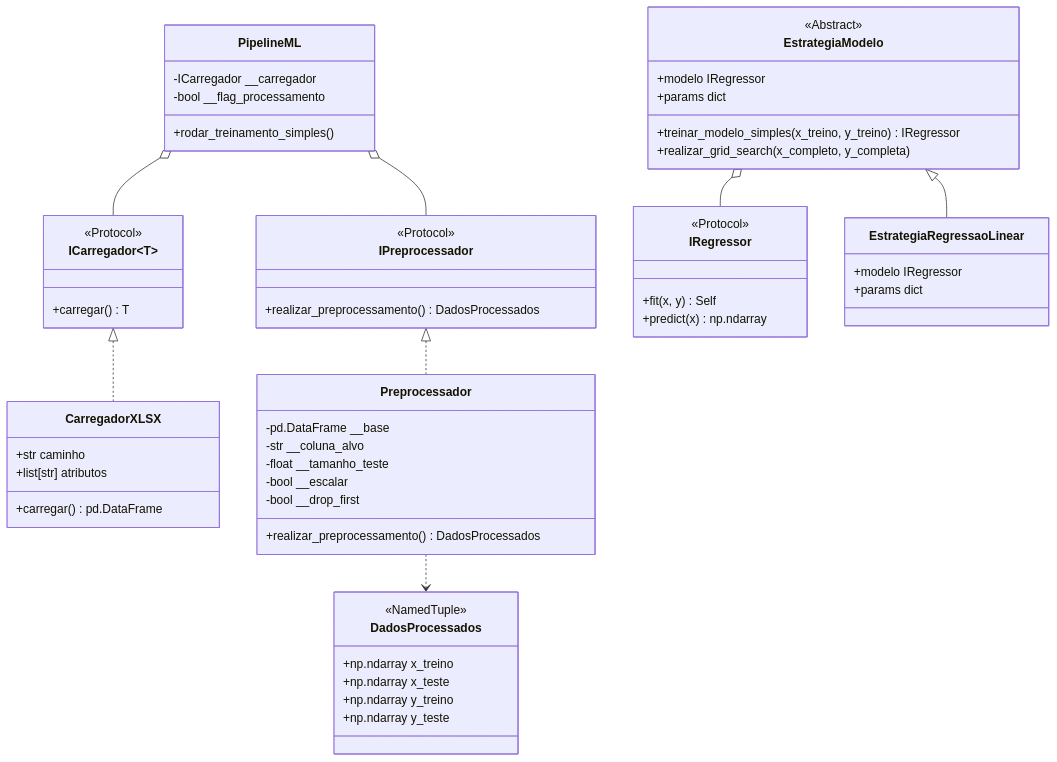
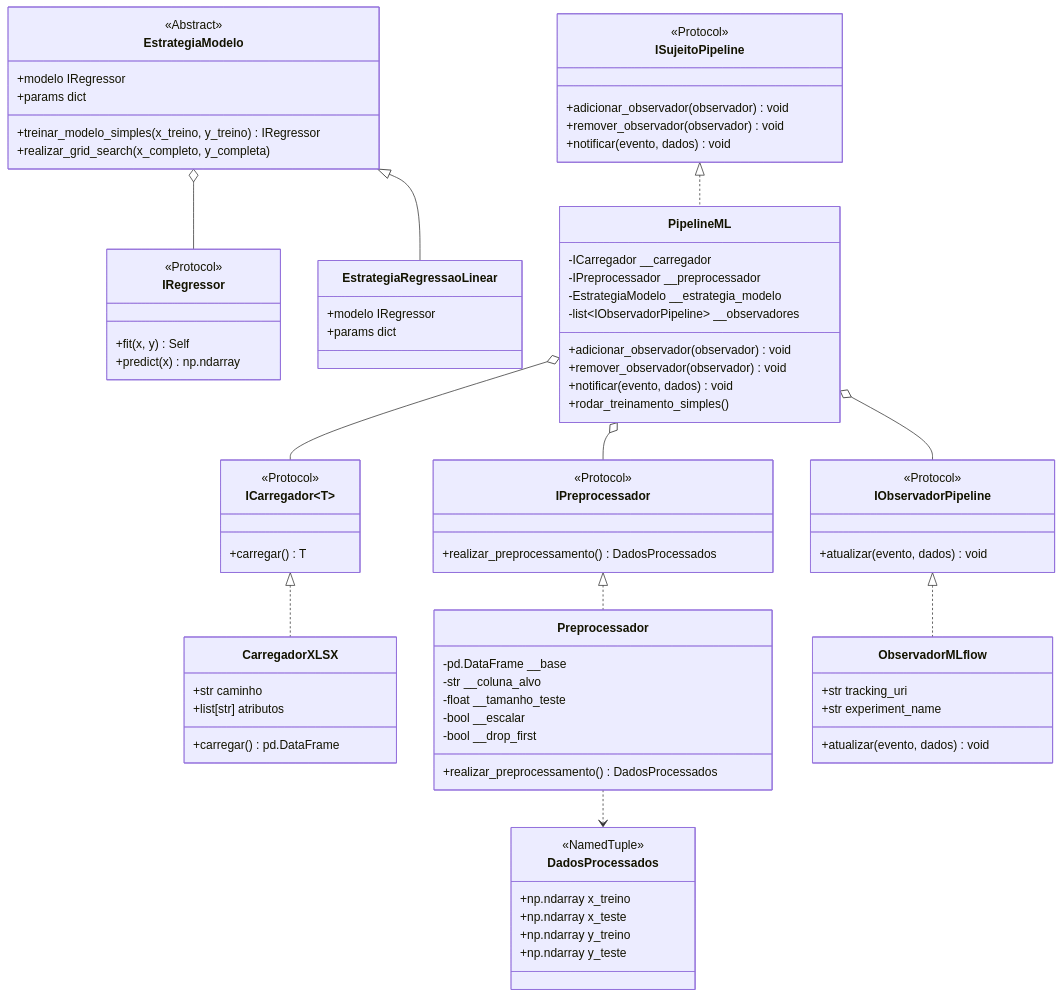
One commit to rodrigorocha1234/previsao_preco_apartamentos_rp_v3 changed the first of 4 diagrams in README.md. Above: the diagram before and after it, drawn with Mermaid. The commit also changed other lines of this file and 11 other files, not shown here.

````diff
--- a/README.md
+++ b/README.md
@@ -89,9 +92,32 @@
         +params dict
     }
 
+    class IObservadorPipeline {
+        <<Protocol>>
+        +atualizar(evento, dados) void
+    }
+
+    class ObservadorMLflow {
+        +str tracking_uri
+        +str experiment_name
+        +atualizar(evento, dados) void
+    }
+
+    class ISujeitoPipeline {
+        <<Protocol>>
+        +adicionar_observador(observador) void
+        +remover_observador(observador) void
+        +notificar(evento, dados) void
+    }
+
     class PipelineML {
         -ICarregador __carregador
-        -bool __flag_processamento
+        -IPreprocessador __preprocessador
+        -EstrategiaModelo __estrategia_modelo
+        -list~IObservadorPipeline~ __observadores
+        +adicionar_observador(observador) void
+        +remover_observador(observador) void
+        +notificar(evento, dados) void
         +rodar_treinamento_simples()
     }
 
@@ -100,6 +126,9 @@
     Preprocessador ..> DadosProcessados
     EstrategiaModelo <|-- EstrategiaRegressaoLinear
     EstrategiaModelo o-- IRegressor
+    ISujeitoPipeline <|.. PipelineML
+    IObservadorPipeline <|.. ObservadorMLflow
     PipelineML o-- ICarregador
     PipelineML o-- IPreprocessador
+    PipelineML o-- IObservadorPipeline
 ```
````
